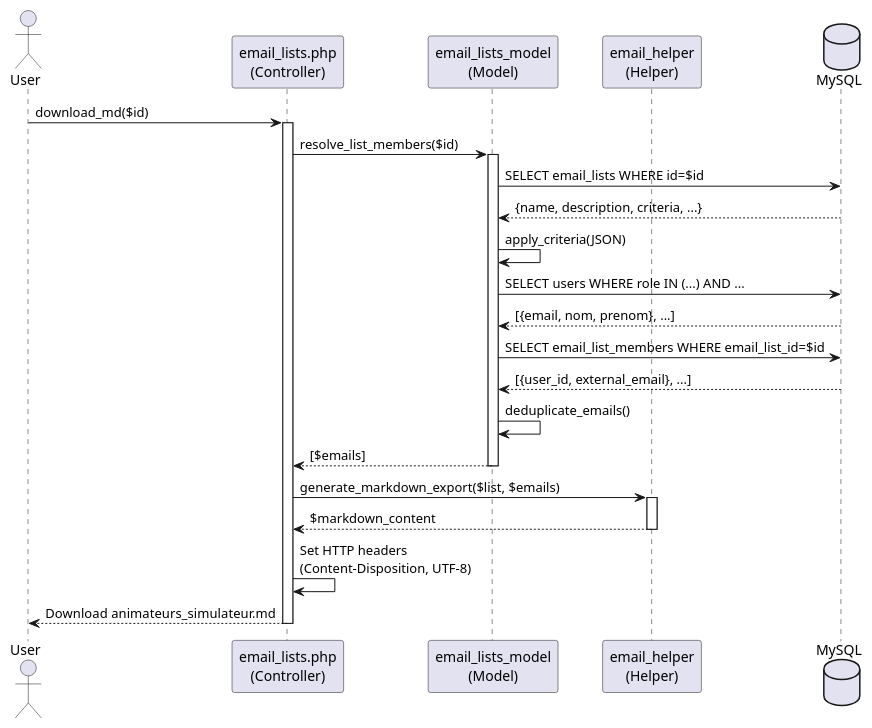
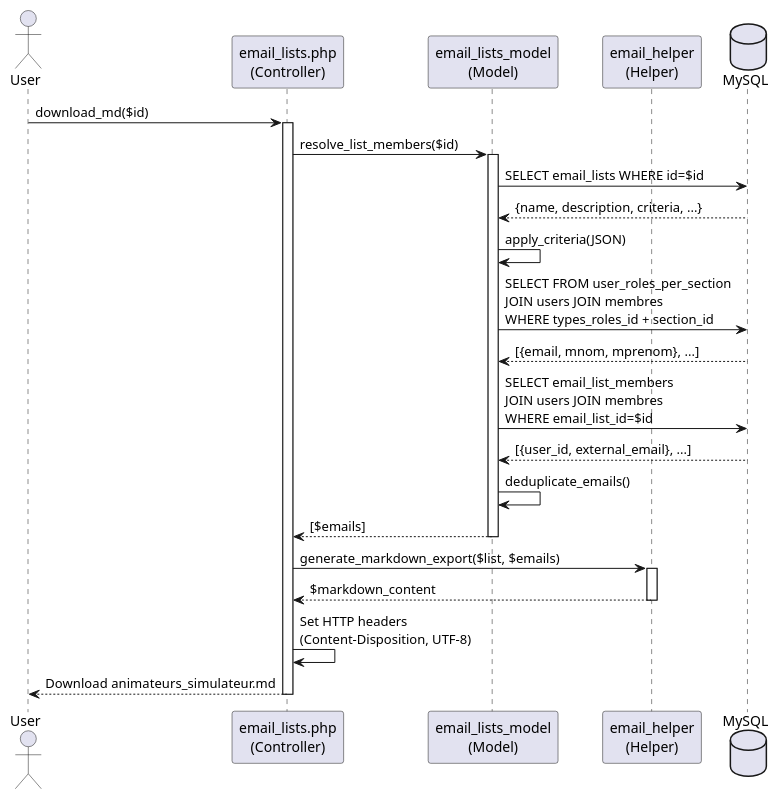
One commit to flub78/gvv changed the second of 2 diagrams in doc/design_notes/gestion_emails_design.md. Above: the diagram before and after it, drawn with PlantUML. The commit also changed other lines of this file and 4 other files, not shown here.

````diff
--- a/doc/design_notes/gestion_emails_design.md
+++ b/doc/design_notes/gestion_emails_design.md
@@ -691,38 +894,38 @@
 ```plantuml
 @startuml
 actor User
 participant "email_lists.php\n(Controller)" as Ctrl
 participant "email_lists_model\n(Model)" as Model
 participant "email_helper\n(Helper)" as Helper
 database MySQL
 
 User -> Ctrl: download_md($id)
 activate Ctrl
 
 Ctrl -> Model: resolve_list_members($id)
 activate Model
 
 Model -> MySQL: SELECT email_lists WHERE id=$id
 MySQL --> Model: {name, description, criteria, ...}
 
 Model -> Model: apply_criteria(JSON)
-Model -> MySQL: SELECT users WHERE role IN (...) AND ...
-MySQL --> Model: [{email, nom, prenom}, ...]
+Model -> MySQL: SELECT FROM user_roles_per_section\nJOIN users JOIN membres\nWHERE types_roles_id + section_id
+MySQL --> Model: [{email, mnom, mprenom}, ...]
 
-Model -> MySQL: SELECT email_list_members WHERE email_list_id=$id
+Model -> MySQL: SELECT email_list_members\nJOIN users JOIN membres\nWHERE email_list_id=$id
 MySQL --> Model: [{user_id, external_email}, ...]
 
 Model -> Model: deduplicate_emails()
 Model --> Ctrl: [$emails]
 deactivate Model
 
 Ctrl -> Helper: generate_markdown_export($list, $emails)
 activate Helper
 Helper --> Ctrl: $markdown_content
 deactivate Helper
 
 Ctrl -> Ctrl: Set HTTP headers\n(Content-Disposition, UTF-8)
 Ctrl --> User: Download animateurs_simulateur.md
 deactivate Ctrl
 @enduml
 ```
````
